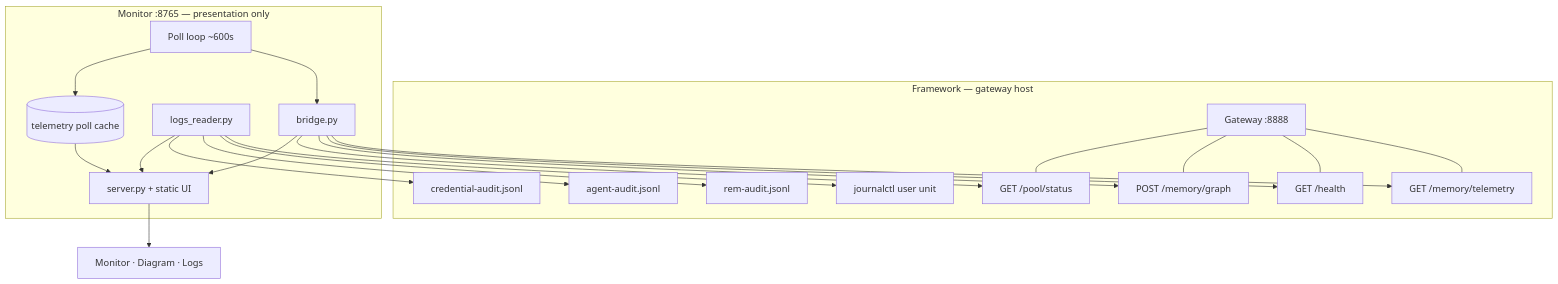
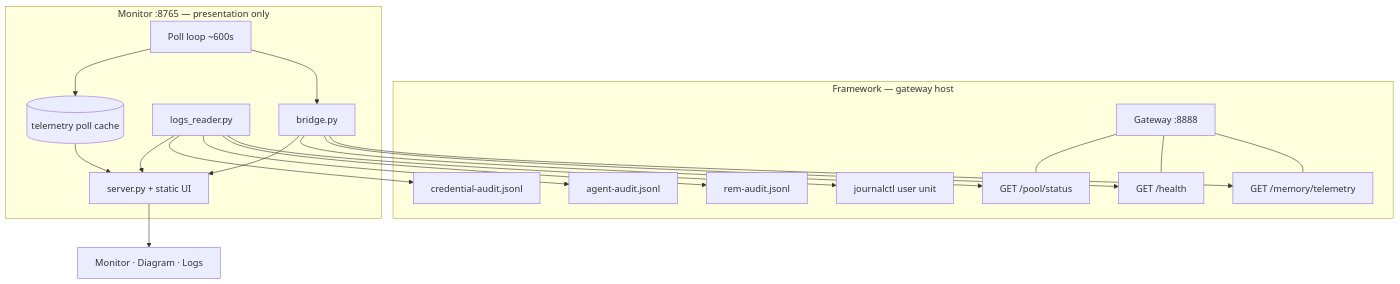
The diagram in README.md (KanenasInGreece/Shared_Memory_Monitor), drawn with Mermaid before and after one commit. The commit also changed other lines of this file, not shown here.

Commit message:
v0.9.33: README surface and diagram drop /memory/graph (operator-approved)

````diff
--- a/README.md
+++ b/README.md
@@ -231,32 +232,31 @@
 ```mermaid
 flowchart TB
   subgraph fw [Framework — gateway host]
     GW[Gateway :8888]
     TEL["GET /memory/telemetry"]
     HLTH["GET /health"]
-    GRP["POST /memory/graph"]
     POOL["GET /pool/status"]
     JRN[journalctl user unit]
     REMF[rem-audit.jsonl]
     AGF[agent-audit.jsonl]
     CRED[credential-audit.jsonl]
-    GW --- TEL & HLTH & GRP & POOL
+    GW --- TEL & HLTH & POOL
   end
 
   subgraph mon [Monitor :8765 — presentation only]
     BR[bridge.py]
     LR[logs_reader.py]
     LOOP[Poll loop ~600s]
     DB[(telemetry poll cache)]
     SRV[server.py + static UI]
-    BR --> TEL & HLTH & GRP & POOL
+    BR --> TEL & HLTH & POOL
     LR --> JRN & REMF & AGF & CRED
     LOOP --> BR
     LOOP --> DB
     DB --> SRV
     BR --> SRV
     LR --> SRV
   end
 
   SRV --> UI[Monitor · Diagram · Logs]
 ```
````
